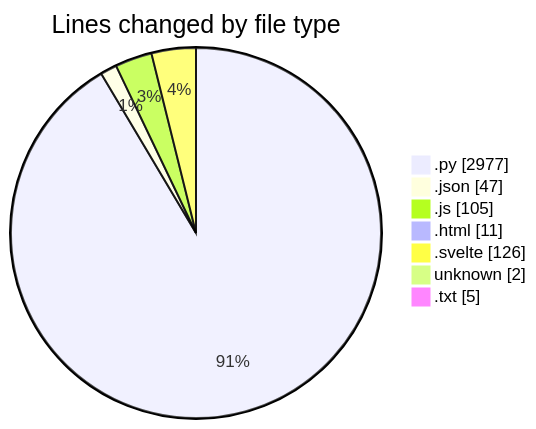
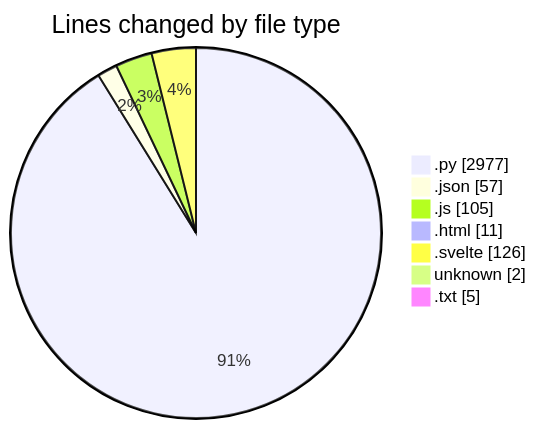
The first of 2 diagrams in 2025-07-10/toolsopenemalpass/README.md (lephambinh05/code-tracking), drawn with Mermaid before and after one commit. The commit also changed other lines of this file and 1 other file, not shown here.

````diff
--- a/2025-07-10/toolsopenemalpass/README.md
+++ b/2025-07-10/toolsopenemalpass/README.md
@@ -62,11 +62,11 @@
 ```mermaid
 pie showData
 title Lines changed by file type
 ".py" : 2977
-".json" : 47
+".json" : 57
 ".js" : 105
 ".html" : 11
 ".svelte" : 126
 "unknown" : 2
 ".txt" : 5
 ```
````
